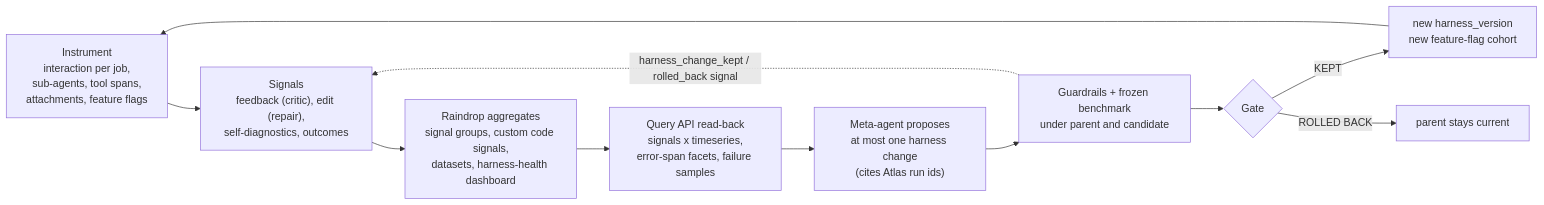
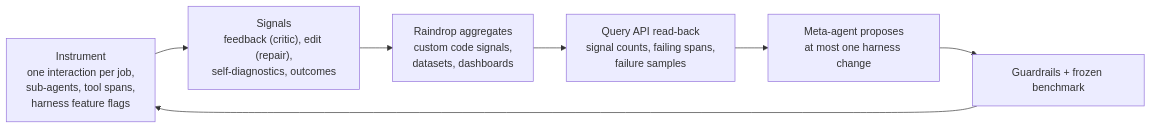
Before and after one commit to zubair480/MongoMation: the fourth of 5 diagrams in README.md, drawn with Mermaid. The commit also changed other lines of this file and 15 other files, not shown here.

````diff
--- a/README.md
+++ b/README.md
@@ -436,13 +518,9 @@
 ```mermaid
 flowchart LR
-  A["Instrument<br/>interaction per job,<br/>sub-agents, tool spans,<br/>attachments, feature flags"] --> B["Signals<br/>feedback (critic), edit (repair),<br/>self-diagnostics, outcomes"]
-  B --> C["Raindrop aggregates<br/>signal groups, custom code signals,<br/>datasets, harness-health dashboard"]
-  C --> D["Query API read-back<br/>signals x timeseries,<br/>error-span facets, failure samples"]
-  D --> E["Meta-agent proposes<br/>at most one harness change<br/>(cites Atlas run ids)"]
-  E --> F["Guardrails + frozen benchmark<br/>under parent and candidate"]
-  F --> G{"Gate"}
-  G -- KEPT --> H["new harness_version<br/>new feature-flag cohort"]
-  G -- ROLLED BACK --> I["parent stays current"]
-  H --> A
-  F -. harness_change_kept / rolled_back signal .-> B
+  A["Instrument<br/>one interaction per job,<br/>sub-agents, tool spans,<br/>harness feature flags"] --> B["Signals<br/>feedback (critic), edit (repair),<br/>self-diagnostics, outcomes"]
+  B --> C["Raindrop aggregates<br/>custom code signals,<br/>datasets, dashboards"]
+  C --> D["Query API read-back<br/>signal counts, failing spans,<br/>failure samples"]
+  D --> E["Meta-agent proposes<br/>at most one harness change"]
+  E --> F["Guardrails + frozen benchmark"]
+  F --> A
 ```
````
